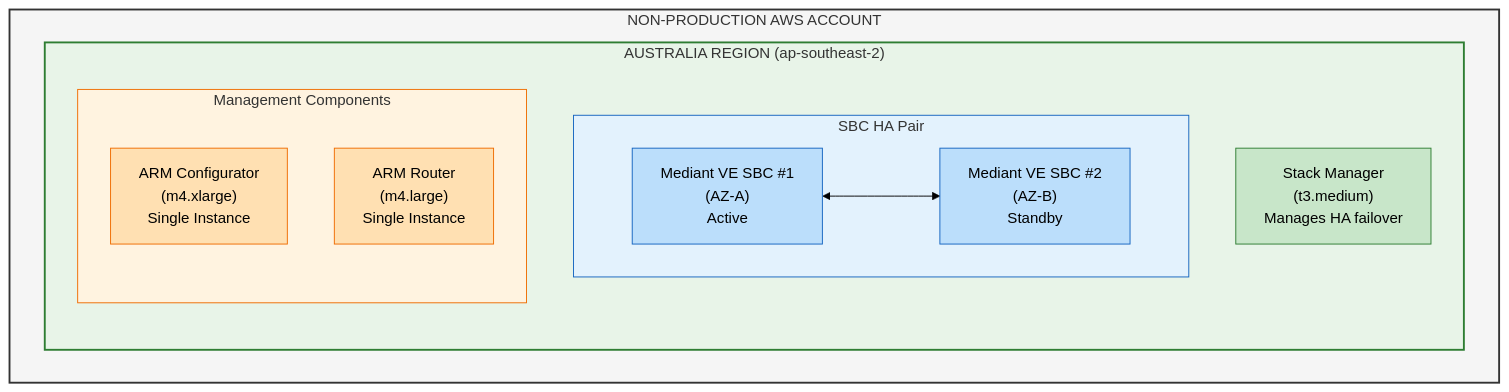
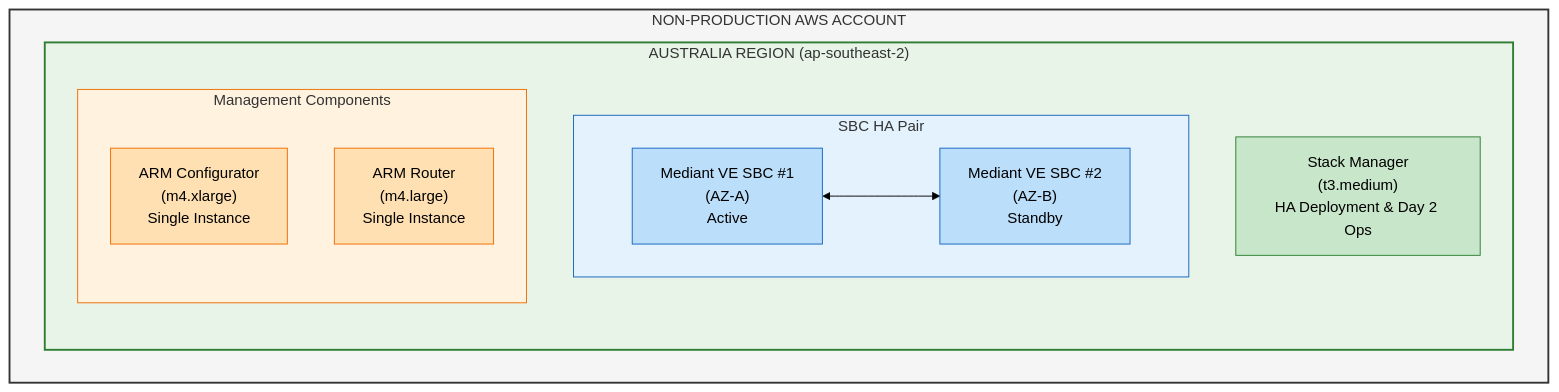
The second of 26 diagrams in AudioCodes-AWS-Deployment-Guide.md (kevinsing999/public), drawn with Mermaid (forest theme) before and after one commit. The commit also changed other lines of this file and 12 other files, not shown here.

````diff
--- a/AudioCodes-AWS-Deployment-Guide.md
+++ b/AudioCodes-AWS-Deployment-Guide.md
@@ -170,27 +170,27 @@
 ```mermaid
 flowchart TB
     subgraph NONPROD["NON-PRODUCTION AWS ACCOUNT"]
         subgraph AUS_NP["AUSTRALIA REGION (ap-southeast-2)"]
             subgraph HA_NP["SBC HA Pair"]
                 SBC1_NP["Mediant VE SBC #1<br/>(AZ-A)<br/>Active"]
                 SBC2_NP["Mediant VE SBC #2<br/>(AZ-B)<br/>Standby"]
                 SBC1_NP <--> SBC2_NP
             end
-            SM_NP["Stack Manager<br/>(t3.medium)<br/>Manages HA failover"]
+            SM_NP["Stack Manager<br/>(t3.medium)<br/>HA Deployment & Day 2 Ops"]
             subgraph MGMT_NP["Management Components"]
                 ARM_CFG_NP["ARM Configurator<br/>(m4.xlarge)<br/>Single Instance"]
                 ARM_RTR_NP["ARM Router<br/>(m4.large)<br/>Single Instance"]
             end
         end
     end
 
     style NONPROD fill:#f5f5f5,stroke:#333,stroke-width:2px
     style AUS_NP fill:#e8f4e8,stroke:#2e7d32,stroke-width:2px
     style HA_NP fill:#e3f2fd,stroke:#1565c0,stroke-width:1px
     style MGMT_NP fill:#fff3e0,stroke:#ef6c00,stroke-width:1px
     style SBC1_NP fill:#bbdefb,stroke:#1565c0
     style SBC2_NP fill:#bbdefb,stroke:#1565c0
     style SM_NP fill:#c8e6c9,stroke:#2e7d32
     style ARM_CFG_NP fill:#ffe0b2,stroke:#ef6c00
     style ARM_RTR_NP fill:#ffe0b2,stroke:#ef6c00
 ```
````
